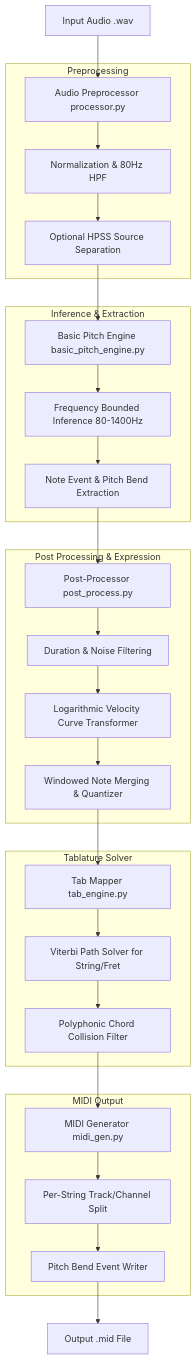
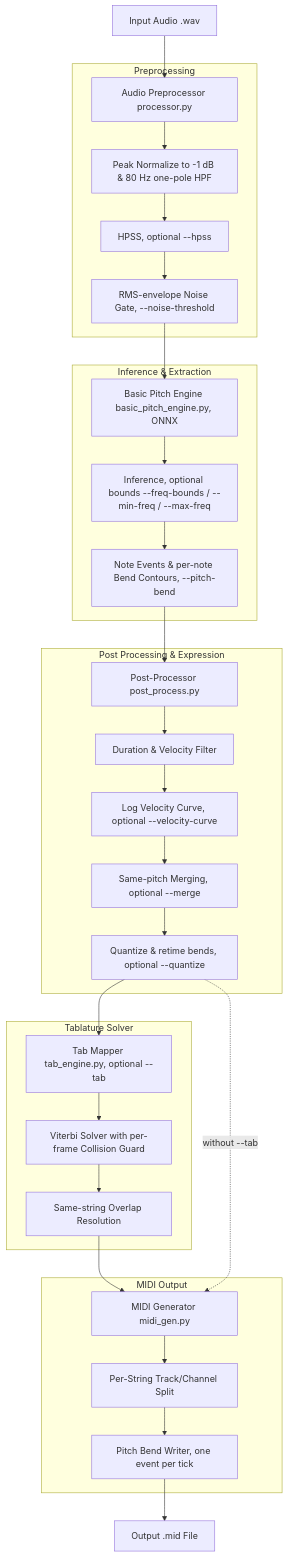
One commit to begram/audio2midi changed the diagram in specs/design.md. Above: the diagram before and after it, drawn with Mermaid. The commit also changed other lines of this file and 16 other files, not shown here.

````diff
--- a/specs/design.md
+++ b/specs/design.md
@@ -7,31 +7,33 @@
 ```mermaid
 graph TD
     A[Input Audio .wav] --> B[Audio Preprocessor processor.py]
     subgraph Preprocessing
-        B --> B1[Normalization & 80Hz HPF]
-        B1 --> B2[Optional HPSS Source Separation]
+        B --> B1[Peak Normalize to -1 dB & 80 Hz one-pole HPF]
+        B1 --> B2[HPSS, optional --hpss]
+        B2 --> B3[RMS-envelope Noise Gate, --noise-threshold]
     end
-    B2 --> C[Basic Pitch Engine basic_pitch_engine.py]
+    B3 --> C[Basic Pitch Engine basic_pitch_engine.py, ONNX]
     subgraph Inference & Extraction
-        C --> C1[Frequency Bounded Inference 80-1400Hz]
-        C1 --> C2[Note Event & Pitch Bend Extraction]
+        C --> C1[Inference, optional bounds --freq-bounds / --min-freq / --max-freq]
+        C1 --> C2[Note Events & per-note Bend Contours, --pitch-bend]
     end
     C2 --> D[Post-Processor post_process.py]
     subgraph Post Processing & Expression
-        D --> D1[Duration & Noise Filtering]
-        D2[Logarithmic Velocity Curve Transformer]
-        D1 --> D2
-        D2 --> D3[Windowed Note Merging & Quantizer]
+        D --> D1[Duration & Velocity Filter]
+        D1 --> D2[Log Velocity Curve, optional --velocity-curve]
+        D2 --> D3[Same-pitch Merging, optional --merge]
+        D3 --> D4[Quantize & retime bends, optional --quantize]
     end
-    D3 --> E[Tab Mapper tab_engine.py]
+    D4 --> E[Tab Mapper tab_engine.py, optional --tab]
     subgraph Tablature Solver
-        E --> E1[Viterbi Path Solver for String/Fret]
-        E1 --> E2[Polyphonic Chord Collision Filter]
+        E --> E1[Viterbi Solver with per-frame Collision Guard]
+        E1 --> E2[Same-string Overlap Resolution]
     end
     E2 --> F[MIDI Generator midi_gen.py]
+    D4 -. without --tab .-> F
     subgraph MIDI Output
         F --> F1[Per-String Track/Channel Split]
-        F1 --> F2[Pitch Bend Event Writer]
+        F1 --> F2[Pitch Bend Writer, one event per tick]
     end
     F2 --> G[Output .mid File]
 ```
````
